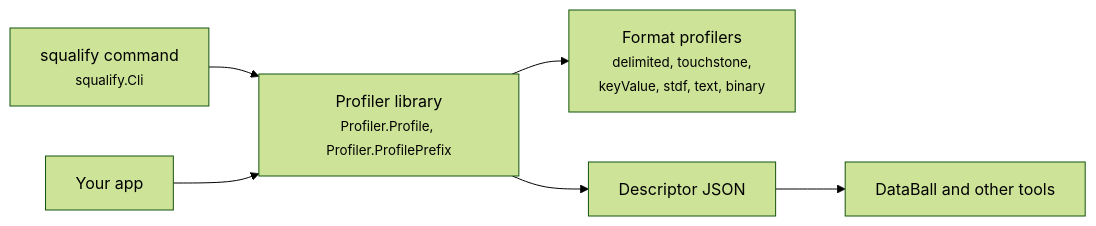
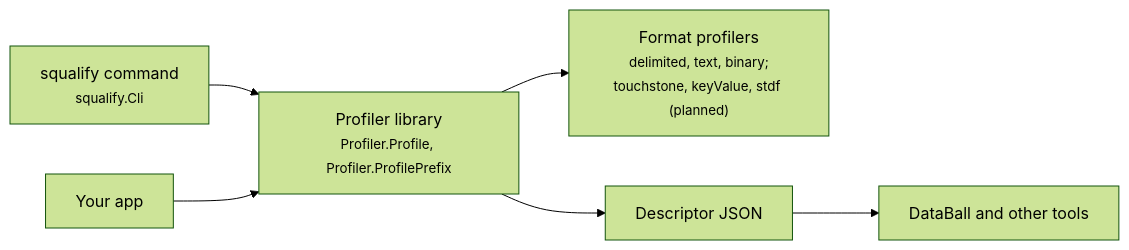
The first of 32 diagrams in docs/how-it-works.md (squalor-xyz/squalify), drawn with Mermaid (forest theme) before and after one commit. The commit also changed other lines of this file and 15 other files, not shown here.

````diff
--- a/docs/how-it-works.md
+++ b/docs/how-it-works.md
@@ -13,8 +13,8 @@
 ```mermaid
 flowchart LR
     CLI["squalify command<br/><small>squalify.Cli</small>"] --> Lib
     Host["Your app"] --> Lib
-    Lib["Profiler library<br/><small>Profiler.Profile, Profiler.ProfilePrefix</small>"] --> Profilers["Format profilers<br/><small>delimited, touchstone,<br/>keyValue, stdf, text, binary</small>"]
+    Lib["Profiler library<br/><small>Profiler.Profile, Profiler.ProfilePrefix</small>"] --> Profilers["Format profilers<br/><small>delimited, text, binary;<br/>touchstone, keyValue, stdf (planned)</small>"]
     Lib --> Out["Descriptor JSON"]
     Out --> Consumers["DataBall and other tools"]
 ```
````
